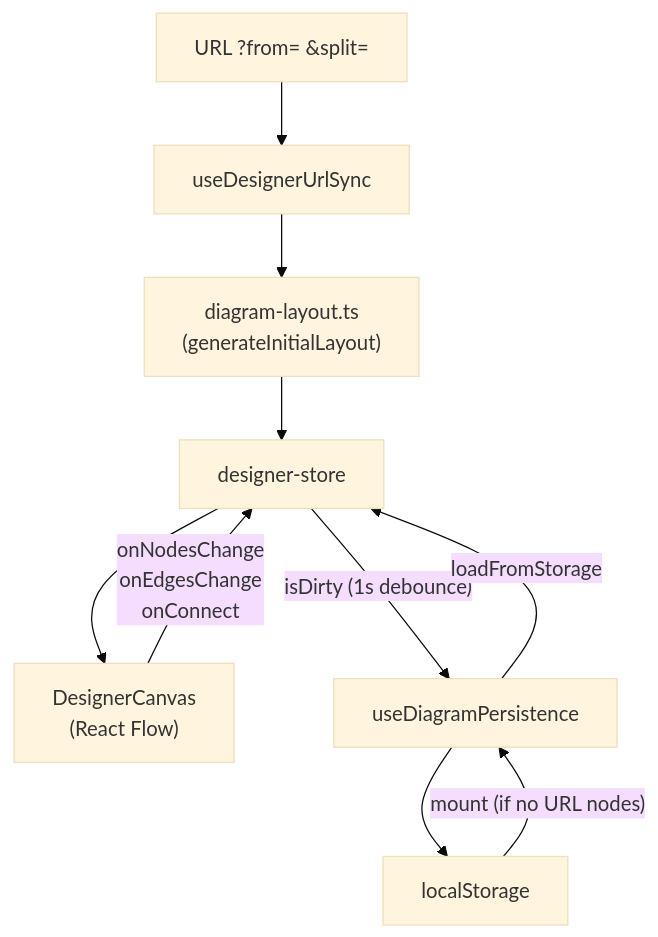
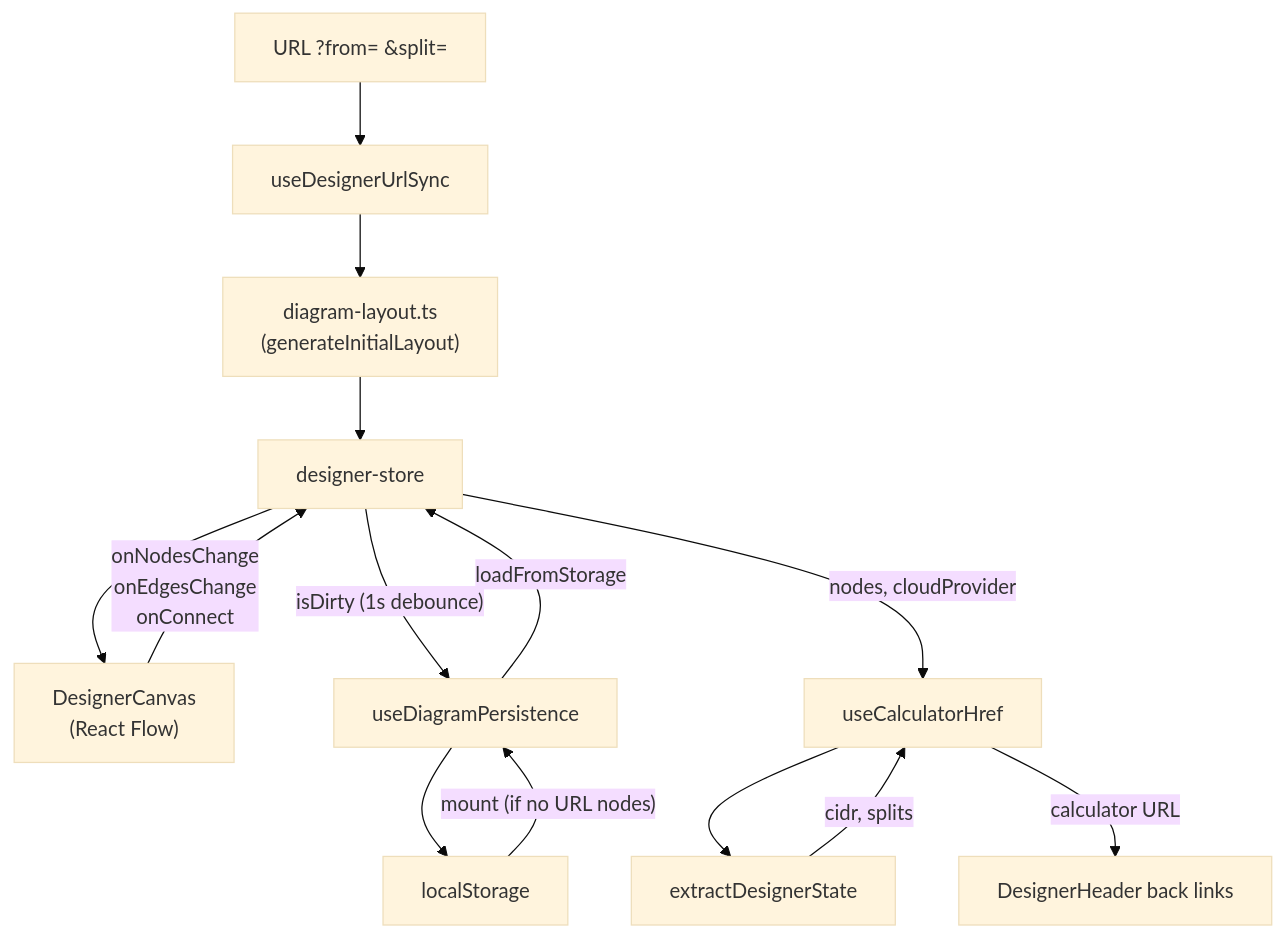
Before and after one commit to russmckendrick/subnet: the second of 2 diagrams in docs/state-management.md, drawn with Mermaid (base theme). The commit also changed other lines of this file and 12 other files, not shown here.

````diff
--- a/docs/state-management.md
+++ b/docs/state-management.md
@@ -181,21 +181,29 @@
 ```mermaid
 flowchart TD
     UrlParams["URL ?from= &split="]
     UrlSync["useDesignerUrlSync"]
     LayoutLib["diagram-layout.ts<br/>(generateInitialLayout)"]
     Store["designer-store"]
     Canvas["DesignerCanvas<br/>(React Flow)"]
     Persist["useDiagramPersistence"]
     Storage["localStorage"]
+    CalcHref["useCalculatorHref"]
+    Extract["extractDesignerState"]
+    BackLink["DesignerHeader back links"]
 
     UrlParams --> UrlSync
     UrlSync --> LayoutLib
     LayoutLib --> Store
     Store --> Canvas
 
     Canvas -->|"onNodesChange<br/>onEdgesChange<br/>onConnect"| Store
     Store -->|"isDirty (1s debounce)"| Persist
     Persist --> Storage
     Storage -->|"mount (if no URL nodes)"| Persist
     Persist -->|"loadFromStorage"| Store
+
+    Store -->|"nodes, cloudProvider"| CalcHref
+    CalcHref --> Extract
+    Extract -->|"cidr, splits"| CalcHref
+    CalcHref -->|"calculator URL"| BackLink
 ```
````
